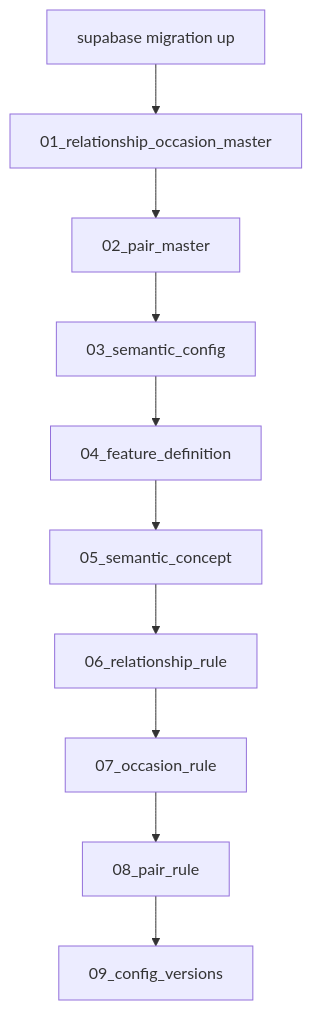
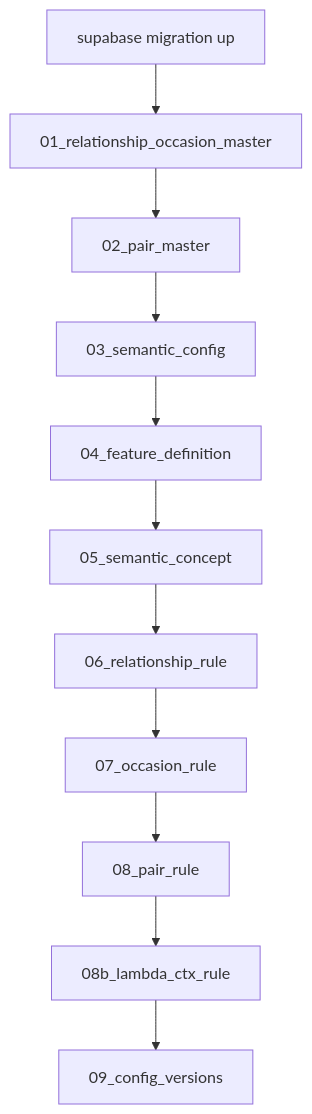
One commit to ryo-chan-k6/GiftRecommendAPP_MVP_CYCLE_3 changed the diagram in docs/06_実装設計/database/初期データ定義書.md. Above: the diagram before and after it, drawn with Mermaid. The commit also changed other lines of this file and 7 other files, not shown here.

First line of the commit message:
docs(db): lambda_ctx_rule 専用テーブル物理正本を追加する

````diff
--- a/docs/06_実装設計/database/初期データ定義書.md
+++ b/docs/06_実装設計/database/初期データ定義書.md
@@ -78,16 +78,17 @@
 ```mermaid
 flowchart TD
   mig["supabase migration up"]
   s01["01_relationship_occasion_master"]
   s02["02_pair_master"]
   s03["03_semantic_config"]
   s04["04_feature_definition"]
   s05["05_semantic_concept"]
   s06["06_relationship_rule"]
   s07["07_occasion_rule"]
   s08["08_pair_rule"]
+  s08b["08b_lambda_ctx_rule"]
   s09["09_config_versions"]
 
   mig --> s01 --> s02 --> s03 --> s04 --> s05
-  s05 --> s06 --> s07 --> s08 --> s09
+  s05 --> s06 --> s07 --> s08 --> s08b --> s09
 ```
````
